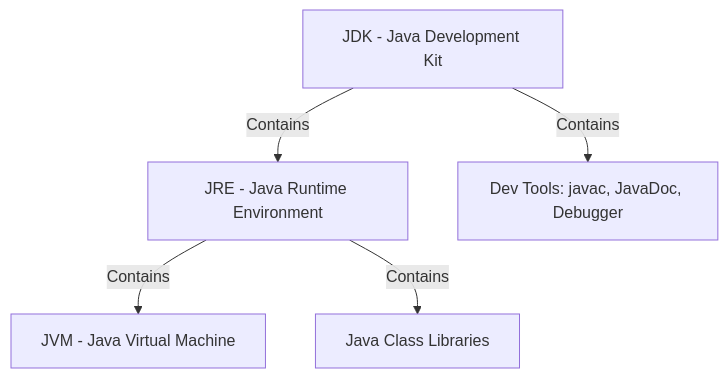
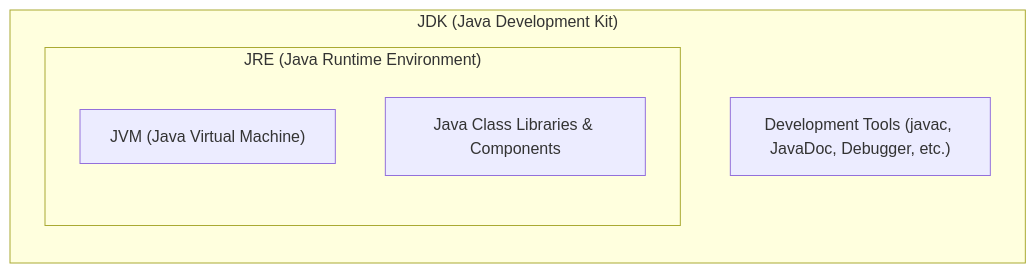
Before and after one commit to m20was/Analytics: the third of 3 diagrams in markdown/m20was/Java/00_Working of a Java program.md, drawn with Mermaid. The commit also changed other lines of this file, not shown here.

Commit message:
docs: add educational guide on Java program execution and IDE shortcuts

````diff
--- a/markdown/m20was/Java/00_Working of a Java program.md
+++ b/markdown/m20was/Java/00_Working of a Java program.md
@@ -43,13 +55,12 @@
 ```mermaid
-graph TD
-    JDK[JDK - Java Development Kit]
-    JRE[JRE - Java Runtime Environment]
-    JVM[JVM - Java Virtual Machine]
-    Libs[Java Class Libraries]
-    Tools[Dev Tools: javac, JavaDoc, Debugger]
-
-    JDK -->|Contains| JRE
-    JDK -->|Contains| Tools
-    JRE -->|Contains| JVM
-    JRE -->|Contains| Libs
+flowchart TB
+    subgraph JDK ["JDK (Java Development Kit)"]
+        direction TB
+        subgraph JRE ["JRE (Java Runtime Environment)"]
+            direction TB
+            JVM["JVM (Java Virtual Machine)"]
+            Libraries["Java Class Libraries & Components"]
+        end
+        DevTools["Development Tools (javac, JavaDoc, Debugger, etc.)"]
+    end
 ```
````
